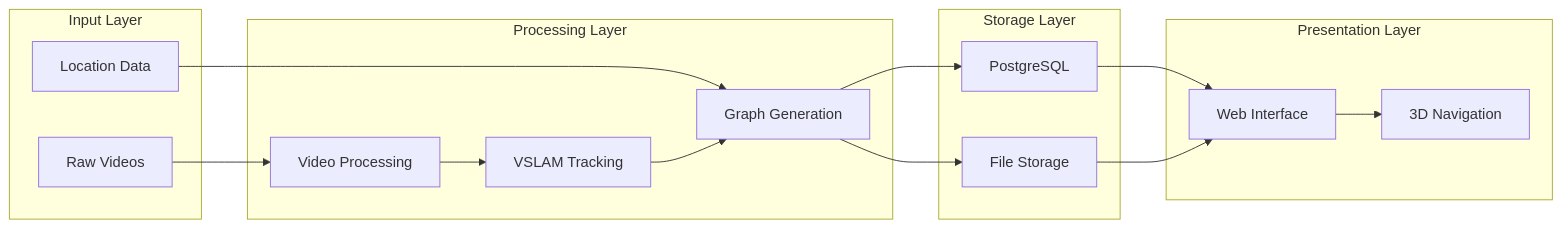
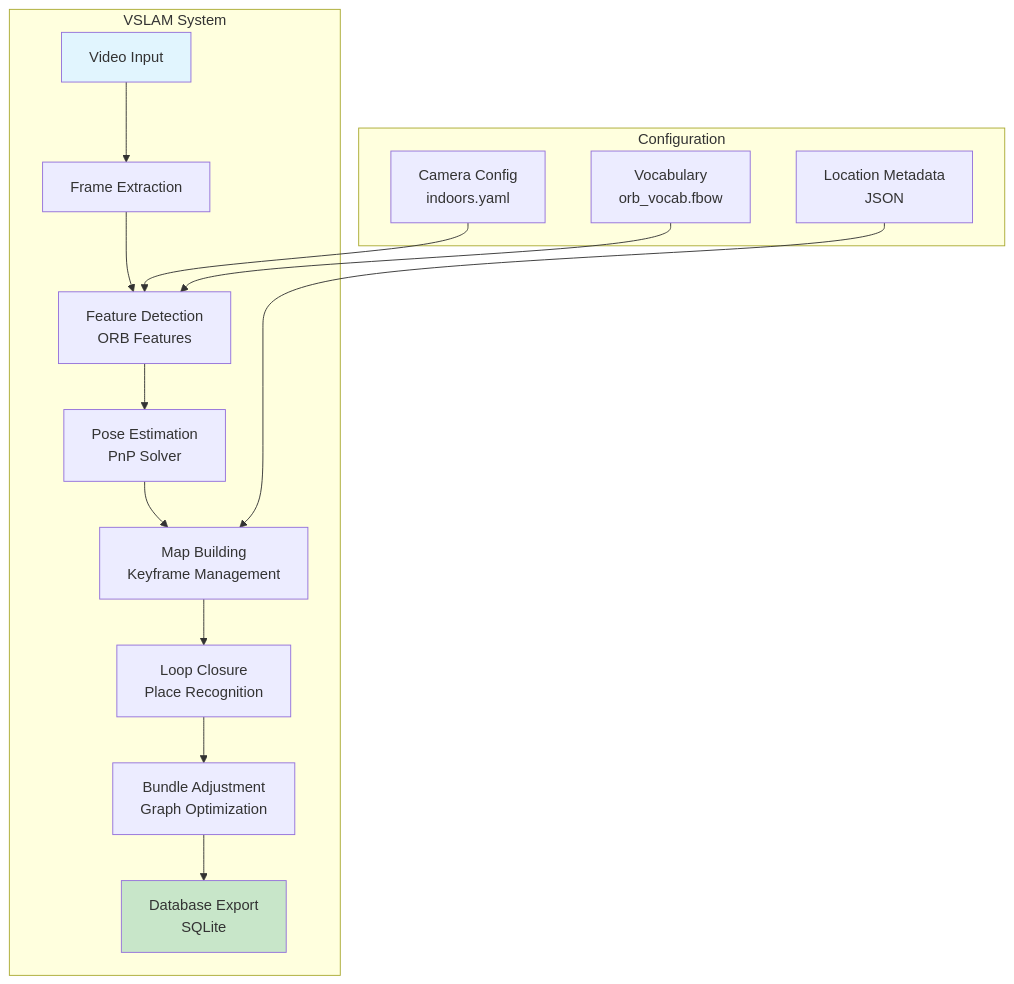
The second of 13 diagrams in ai-overview/architecture.md (Skwangles/AT-bus-tracker), drawn with Mermaid before and after one commit. The commit also changed other lines of this file and 2 other files, not shown here.

````diff
--- a/ai-overview/architecture.md
+++ b/ai-overview/architecture.md
@@ -59,33 +49,21 @@
 ```mermaid
-flowchart LR
-    subgraph Input Layer
-        A[Raw Videos]
-        B[Location Data]
+graph TB
+    subgraph "VSLAM System"
+        A[Video Input] --> B[Frame Extraction]
+        B --> C[Feature Detection<br/>ORB Features]
+        C --> D[Pose Estimation<br/>PnP Solver]
+        D --> E[Map Building<br/>Keyframe Management]
+        E --> F[Loop Closure<br/>Place Recognition]
+        F --> G[Bundle Adjustment<br/>Graph Optimization]
+        G --> H[Database Export<br/>SQLite]
     end
-
-    subgraph Processing Layer
-        C[Video Processing]
-        D[VSLAM Tracking]
-        E[Graph Generation]
+    
+    subgraph "Configuration"
+        I[Camera Config<br/>indoors.yaml] --> C
+        J[Vocabulary<br/>orb_vocab.fbow] --> C
+        K[Location Metadata<br/>JSON] --> E
     end
-
-    subgraph Storage Layer
-        F[PostgreSQL]
-        G[File Storage]
-    end
-
-    subgraph Presentation Layer
-        H[Web Interface]
-        I[3D Navigation]
-    end
-
-    A --> C
-    B --> E
-    C --> D
-    D --> E
-    E --> F
-    E --> G
-    F --> H
-    G --> H
-    H --> I
+    
+    style A fill:#e1f5fe
+    style H fill:#c8e6c9
 ```
````
